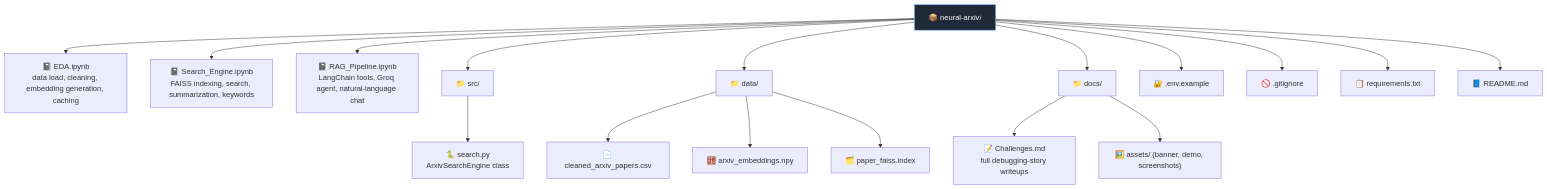
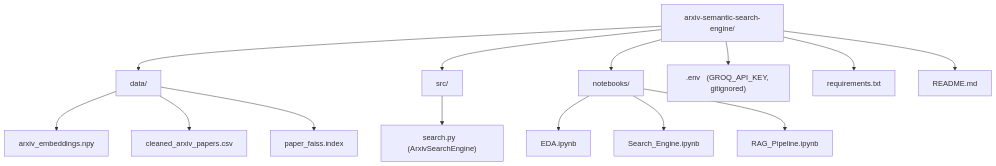
Before and after one commit to aayushdalal/Fanite: the fifth of 5 diagrams in README.md, drawn with Mermaid. The commit also changed other lines of this file, not shown here.

````diff
--- a/README.md
+++ b/README.md
@@ -862,22 +743,17 @@
 ```mermaid
-graph TD
-    Root["📦 neural-arxiv/"]
-    Root --> NB1["📓 EDA.ipynb<br/>data load, cleaning, embedding generation, caching"]
-    Root --> NB2["📓 Search_Engine.ipynb<br/>FAISS indexing, search, summarization, keywords"]
-    Root --> NB3["📓 RAG_Pipeline.ipynb<br/>LangChain tools, Groq agent, natural-language chat"]
-    Root --> SRC["📁 src/"]
-    SRC --> SEARCHPY["🐍 search.py<br/>ArxivSearchEngine class"]
-    Root --> DATA["📁 data/"]
-    DATA --> CSV["📄 cleaned_arxiv_papers.csv"]
-    DATA --> EMB["🧮 arxiv_embeddings.npy"]
-    DATA --> IDX["🗂️ paper_faiss.index"]
-    Root --> DOCS["📁 docs/"]
-    DOCS --> CHAL["📝 Challenges.md<br/>full debugging-story writeups"]
-    DOCS --> ASSETS["🖼️ assets/ (banner, demo, screenshots)"]
-    Root --> ENVFILE["🔐 .env.example"]
-    Root --> GITIGNORE["🚫 .gitignore"]
-    Root --> REQS["📋 requirements.txt"]
-    Root --> RDM["📘 README.md"]
-
-    style Root fill:#1f2937,stroke:#60a5fa,color:#fff
+flowchart TD
+    ROOT["arxiv-semantic-search-engine/"]
+    ROOT --> DATA["data/"]
+    DATA --> D1["arxiv_embeddings.npy"]
+    DATA --> D2["cleaned_arxiv_papers.csv"]
+    DATA --> D3["paper_faiss.index"]
+    ROOT --> SRC["src/"]
+    SRC --> S1["search.py   (ArxivSearchEngine)"]
+    ROOT --> NB["notebooks/"]
+    NB --> N1["EDA.ipynb"]
+    NB --> N2["Search_Engine.ipynb"]
+    NB --> N3["RAG_Pipeline.ipynb"]
+    ROOT --> ENVF[".env   (GROQ_API_KEY, gitignored)"]
+    ROOT --> REQ["requirements.txt"]
+    ROOT --> RM["README.md"]
 ```
````
